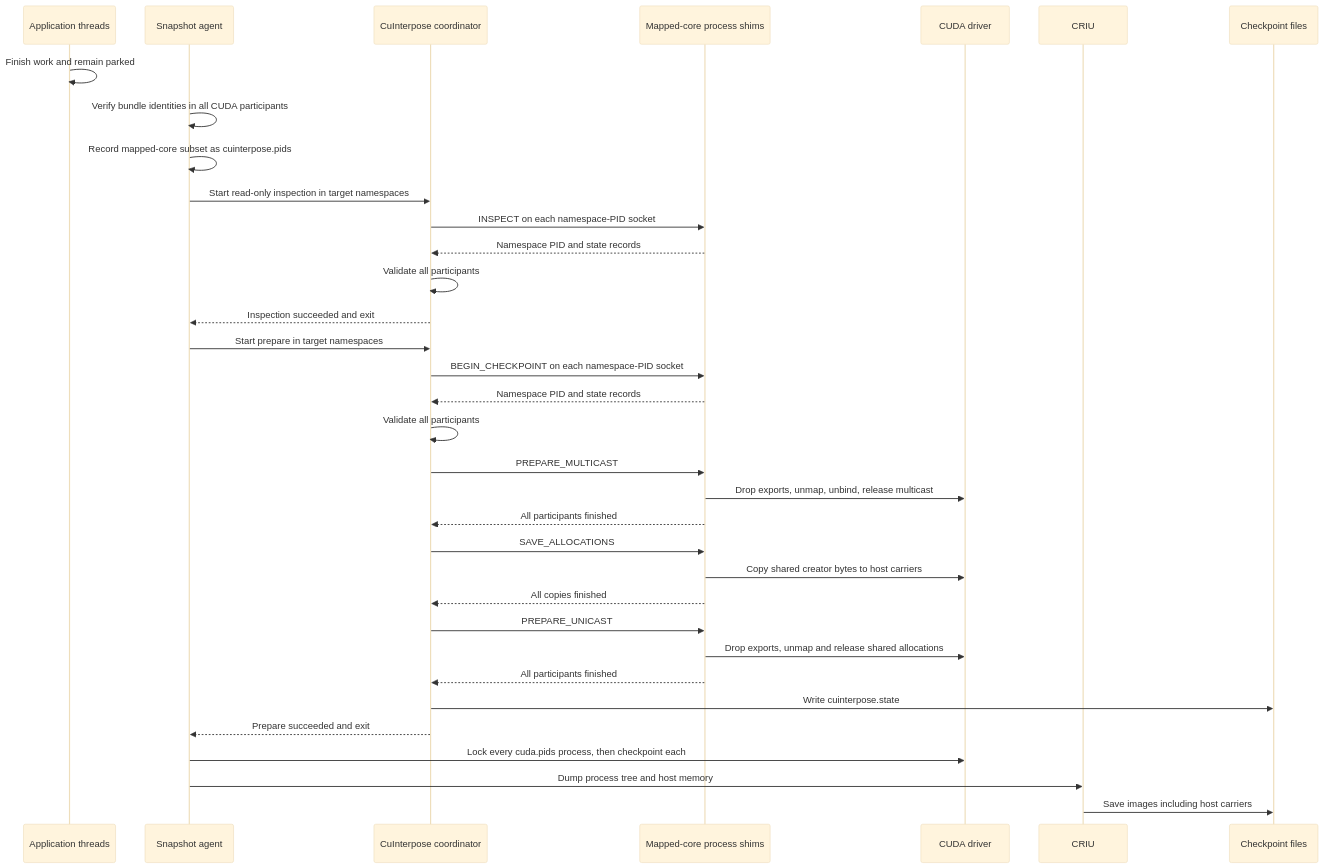
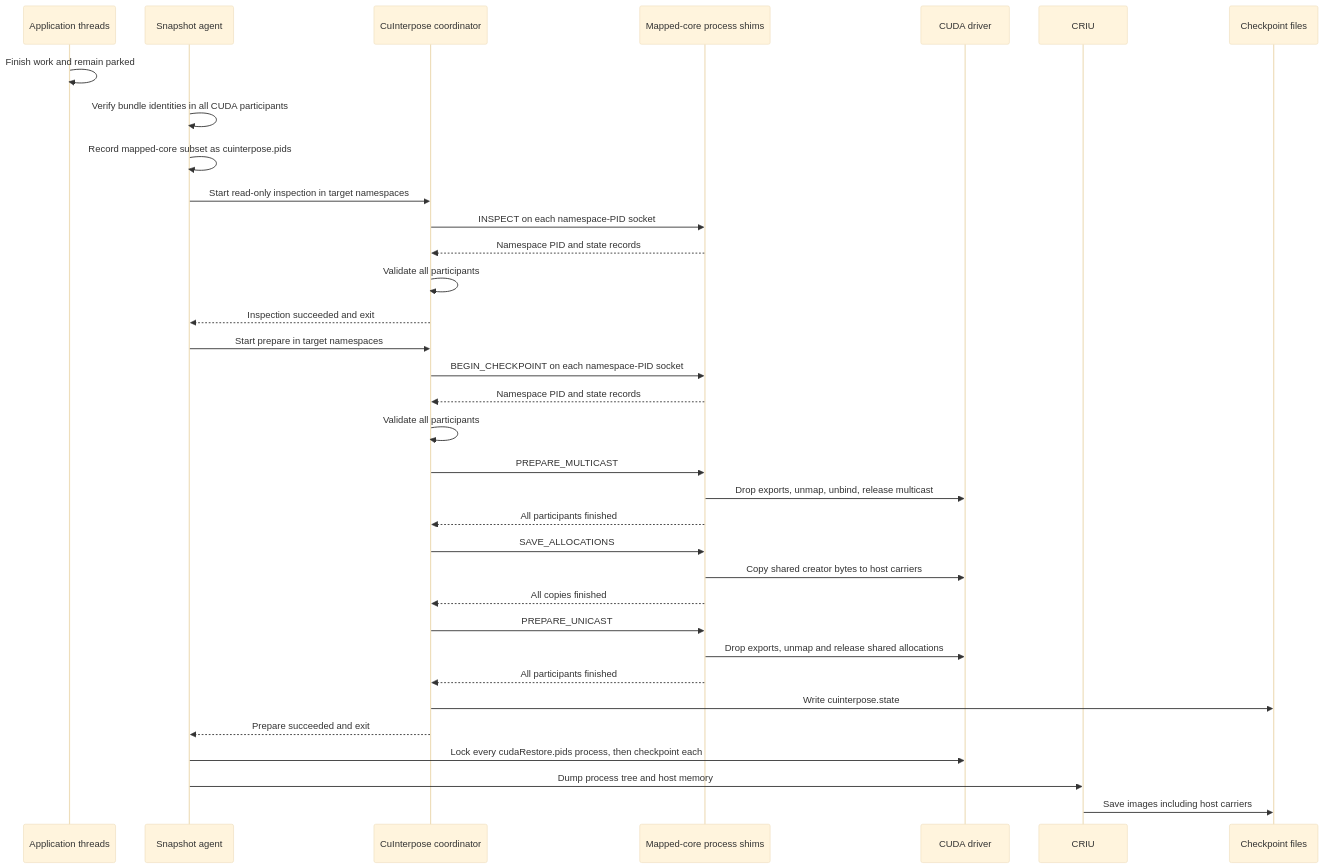
Before and after one commit to ai-dynamo/snapshot: the fourth of 5 diagrams in docs/proposals/295-cuinterpose/README.md, drawn with Mermaid (base theme). The commit also changed other lines of this file and 2 other files, not shown here.

Commit message:
docs(cuinterpose): use serialized CUDA manifest key

````diff
--- a/docs/proposals/295-cuinterpose/README.md
+++ b/docs/proposals/295-cuinterpose/README.md
@@ -713,36 +713,36 @@
 ```mermaid
 sequenceDiagram
     participant App as Application threads
     participant Agent as Snapshot agent
     participant Coord as CuInterpose coordinator
     participant Shims as Mapped-core process shims
     participant CUDA as CUDA driver
     participant CRIU as CRIU
     participant Files as Checkpoint files
     App->>App: Finish work and remain parked
     Agent->>Agent: Verify bundle identities in all CUDA participants
     Agent->>Agent: Record mapped-core subset as cuinterpose.pids
     Agent->>Coord: Start read-only inspection in target namespaces
     Coord->>Shims: INSPECT on each namespace-PID socket
     Shims-->>Coord: Namespace PID and state records
     Coord->>Coord: Validate all participants
     Coord-->>Agent: Inspection succeeded and exit
     Agent->>Coord: Start prepare in target namespaces
     Coord->>Shims: BEGIN_CHECKPOINT on each namespace-PID socket
     Shims-->>Coord: Namespace PID and state records
     Coord->>Coord: Validate all participants
     Coord->>Shims: PREPARE_MULTICAST
     Shims->>CUDA: Drop exports, unmap, unbind, release multicast
     Shims-->>Coord: All participants finished
     Coord->>Shims: SAVE_ALLOCATIONS
     Shims->>CUDA: Copy shared creator bytes to host carriers
     Shims-->>Coord: All copies finished
     Coord->>Shims: PREPARE_UNICAST
     Shims->>CUDA: Drop exports, unmap and release shared allocations
     Shims-->>Coord: All participants finished
     Coord->>Files: Write cuinterpose.state
     Coord-->>Agent: Prepare succeeded and exit
-    Agent->>CUDA: Lock every cuda.pids process, then checkpoint each
+    Agent->>CUDA: Lock every cudaRestore.pids process, then checkpoint each
     Agent->>CRIU: Dump process tree and host memory
     CRIU->>Files: Save images including host carriers
 ```
````
